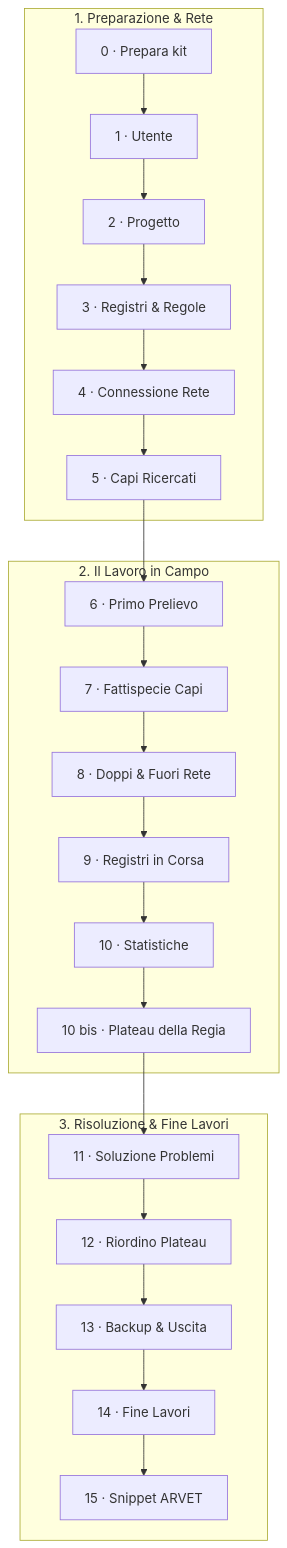
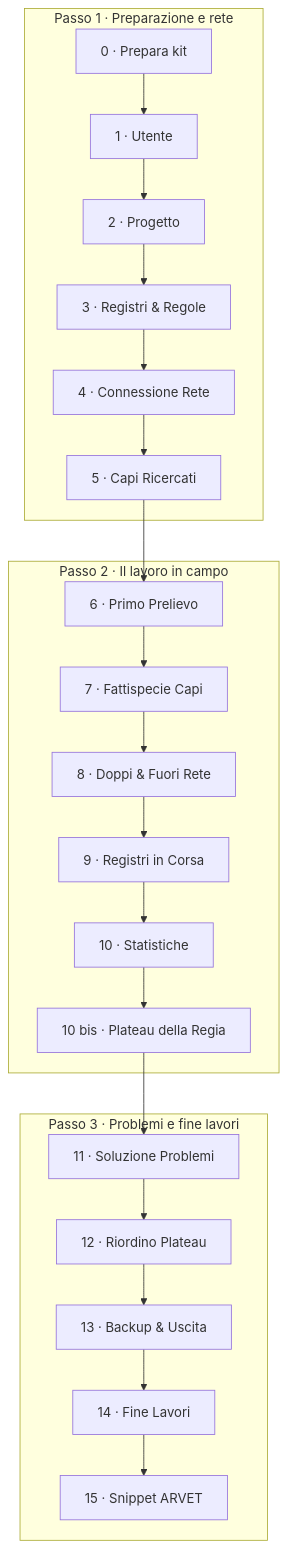
The diagram in docs/tutorial/index.md (uvesco/fejalog-sito), drawn with Mermaid before and after one commit. The commit also changed other lines of this file and 23 other files, not shown here.

Commit message:
Sito: icone, diagrammi ed elenchi corretti; APK dalla Regia nella guida (da fejalog acd0a11)

````diff
--- a/docs/tutorial/index.md
+++ b/docs/tutorial/index.md
@@ -54,25 +57,25 @@
 ```mermaid
 flowchart TD
-    subgraph Preparazione ["1. Preparazione & Rete"]
+    subgraph Preparazione ["Passo 1 · Preparazione e rete"]
         L0["0 · Prepara kit"] --> L1["1 · Utente"]
         L1 --> L2["2 · Progetto"]
         L2 --> L3["3 · Registri & Regole"]
         L3 --> L4["4 · Connessione Rete"]
         L4 --> L5["5 · Capi Ricercati"]
     end
-    subgraph Campo ["2. Il Lavoro in Campo"]
+    subgraph Campo ["Passo 2 · Il lavoro in campo"]
         L5 --> L6["6 · Primo Prelievo"]
         L6 --> L7["7 · Fattispecie Capi"]
         L7 --> L8["8 · Doppi & Fuori Rete"]
         L8 --> L9["9 · Registri in Corsa"]
         L9 --> L10["10 · Statistiche"]
         L10 --> L10b["10 bis · Plateau della Regia"]
     end
-    subgraph Chiusura ["3. Risoluzione & Fine Lavori"]
+    subgraph Chiusura ["Passo 3 · Problemi e fine lavori"]
         L10b --> L11["11 · Soluzione Problemi"]
         L11 --> L12["12 · Riordino Plateau"]
         L12 --> L13["13 · Backup & Uscita"]
         L13 --> L14["14 · Fine Lavori"]
         L14 --> L15["15 · Snippet ARVET"]
     end
 ```
````
